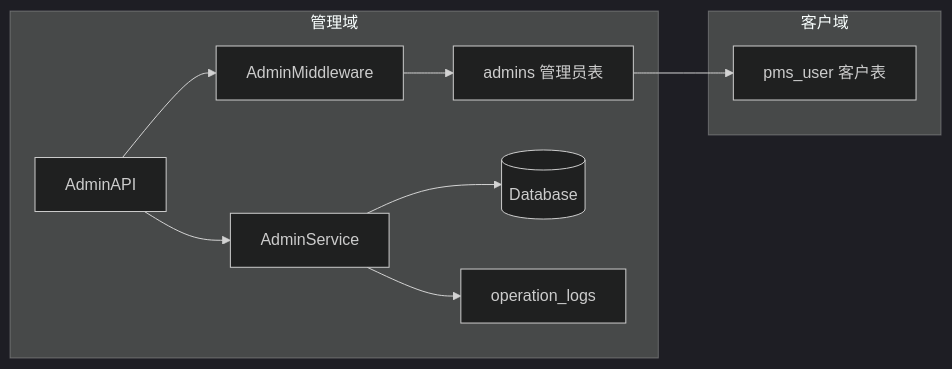
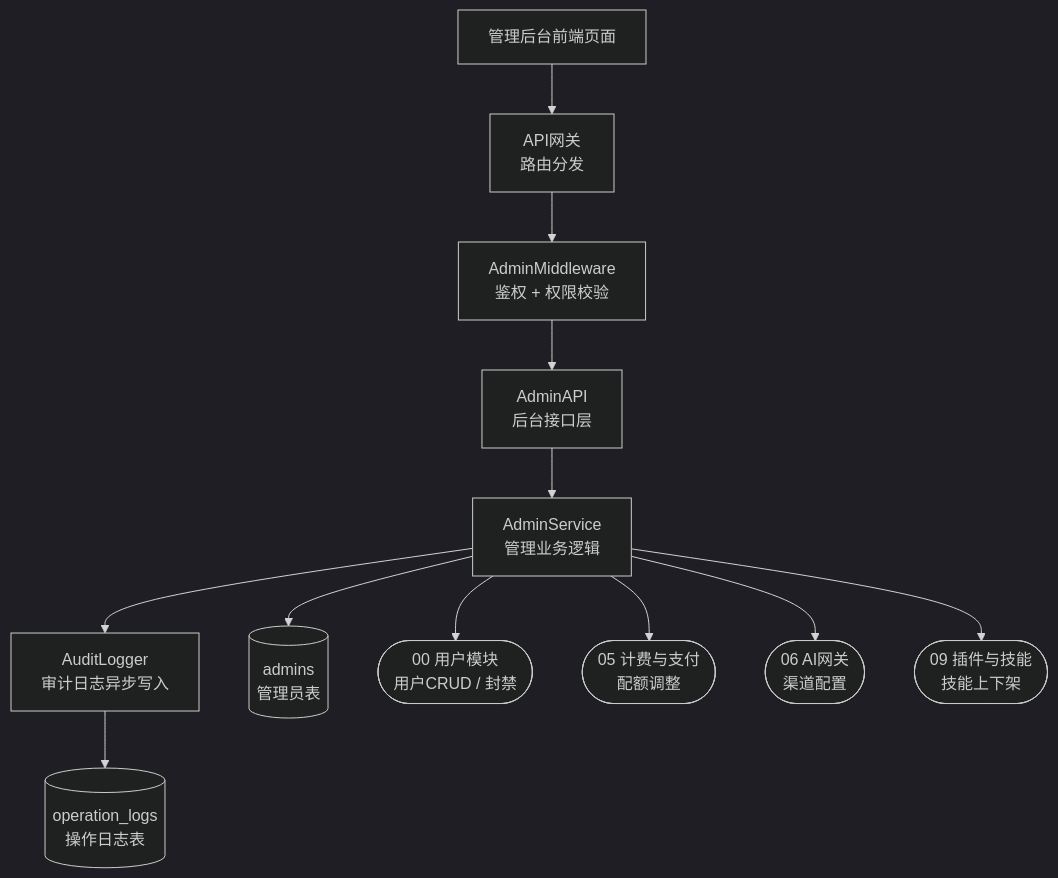
The fifth of 7 diagrams in docs/[10]管理后台模块/README.md (fairyspace/x-media), drawn with Mermaid (dark theme) before and after one commit. The commit also changed other lines of this file, not shown here.

````diff
--- a/docs/[10]管理后台模块/README.md
+++ b/docs/[10]管理后台模块/README.md
@@ -117,14 +311,26 @@
 ```mermaid
-flowchart LR
-    subgraph 客户域
-        A[pms_user 客户表]
-    end
-    subgraph 管理域
-        B[admins 管理员表] --> A
-        C[AdminMiddleware] --> B
-        D[AdminAPI] --> C
-        D --> E[AdminService]
-        E --> F[(Database)]
-        E --> G[operation_logs]
-    end
+flowchart TB
+    A[管理后台前端页面]
+    B[API网关<br/>路由分发]
+    C[AdminMiddleware<br/>鉴权 + 权限校验]
+    D[AdminAPI<br/>后台接口层]
+    E[AdminService<br/>管理业务逻辑]
+    F[AuditLogger<br/>审计日志异步写入]
+    G[(admins<br/>管理员表)]
+    H[(operation_logs<br/>操作日志表)]
+    I1([00 用户模块<br/>用户CRUD / 封禁])
+    I2([05 计费与支付<br/>配额调整])
+    I3([06 AI网关<br/>渠道配置])
+    I4([09 插件与技能<br/>技能上下架])
+
+    A --> B
+    B --> C
+    C --> D
+    D --> E
+    E --> F --> H
+    E --> G
+    E --> I1
+    E --> I2
+    E --> I3
+    E --> I4
 ```
````
